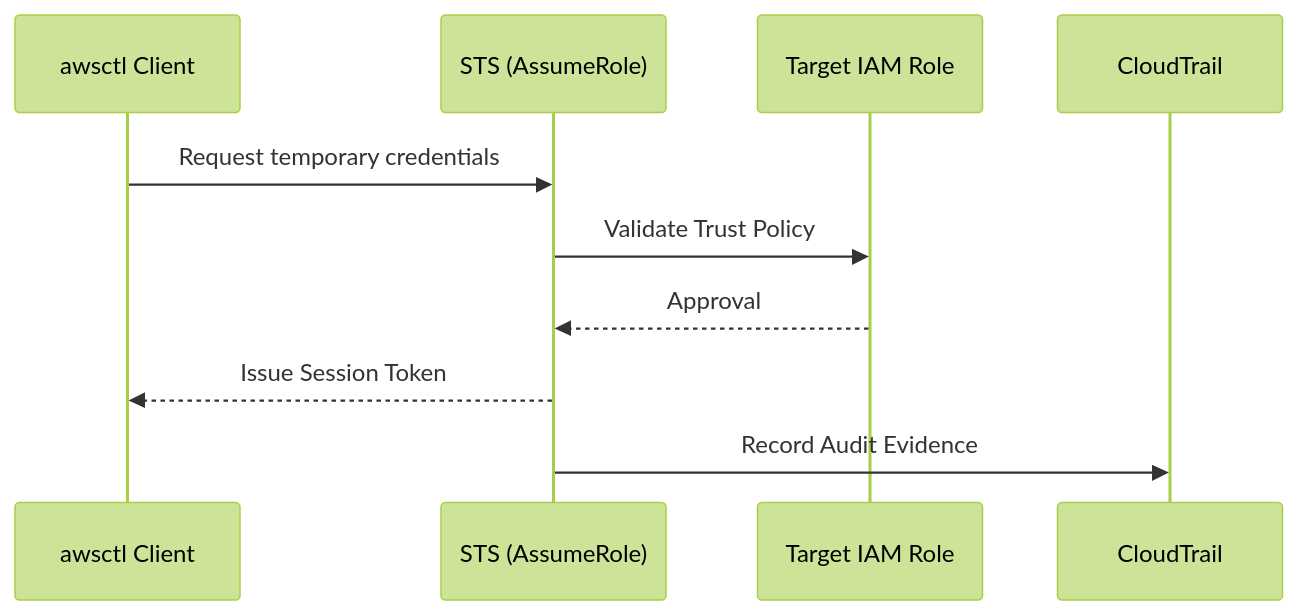
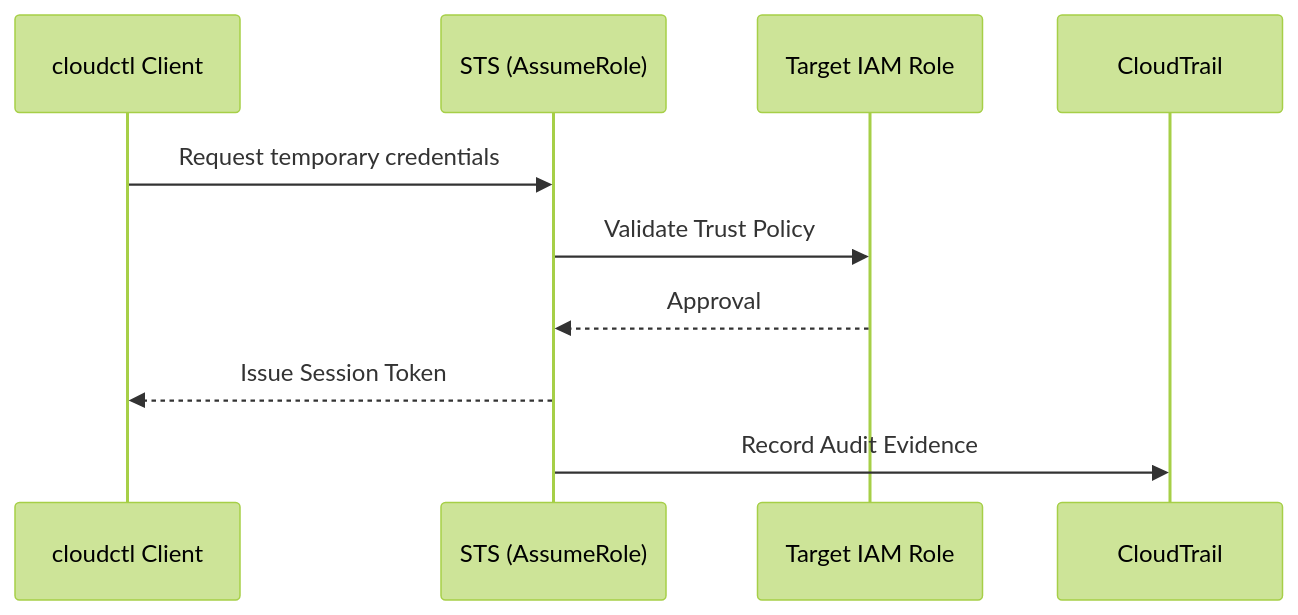
The second of 2 diagrams in docs/wiki/security-trust-model.md (hoad-org/cloudctl), drawn with Mermaid (forest theme) before and after one commit. The commit also changed other lines of this file and 198 other files, not shown here.

````diff
--- a/docs/wiki/security-trust-model.md
+++ b/docs/wiki/security-trust-model.md
@@ -100,13 +100,13 @@
 ```mermaid
 sequenceDiagram
-    participant Client as awsctl Client
+    participant Client as cloudctl Client
     participant STS as STS (AssumeRole)
     participant IAM as Target IAM Role
     participant Logs as CloudTrail
 
     Client->>STS: Request temporary credentials
     STS->>IAM: Validate Trust Policy
     IAM-->>STS: Approval
     STS-->>Client: Issue Session Token
     STS->>Logs: Record Audit Evidence
 ```
````
